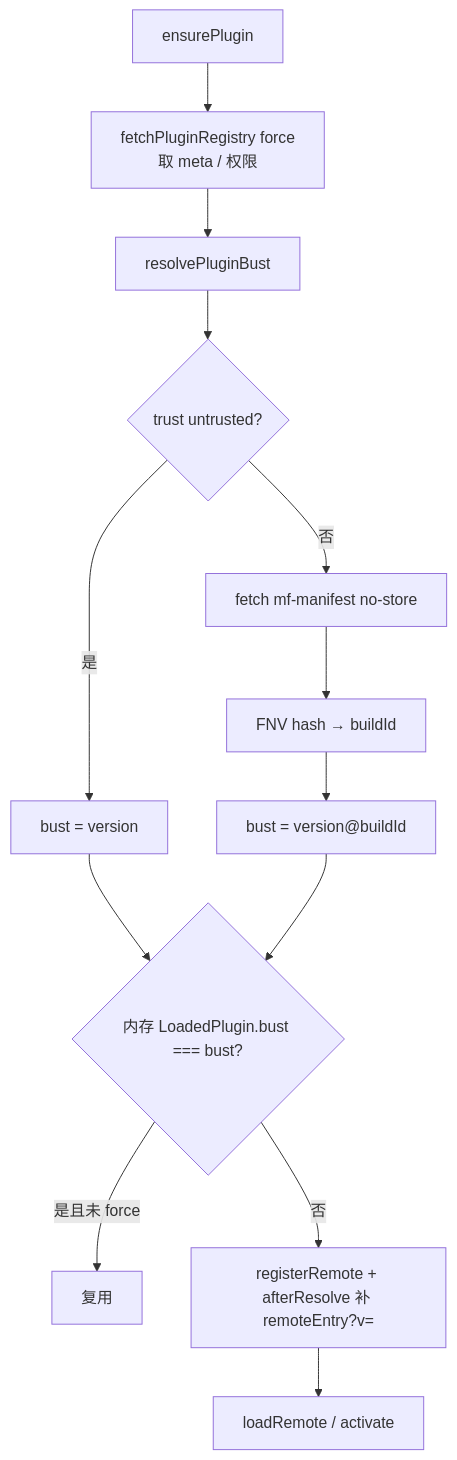
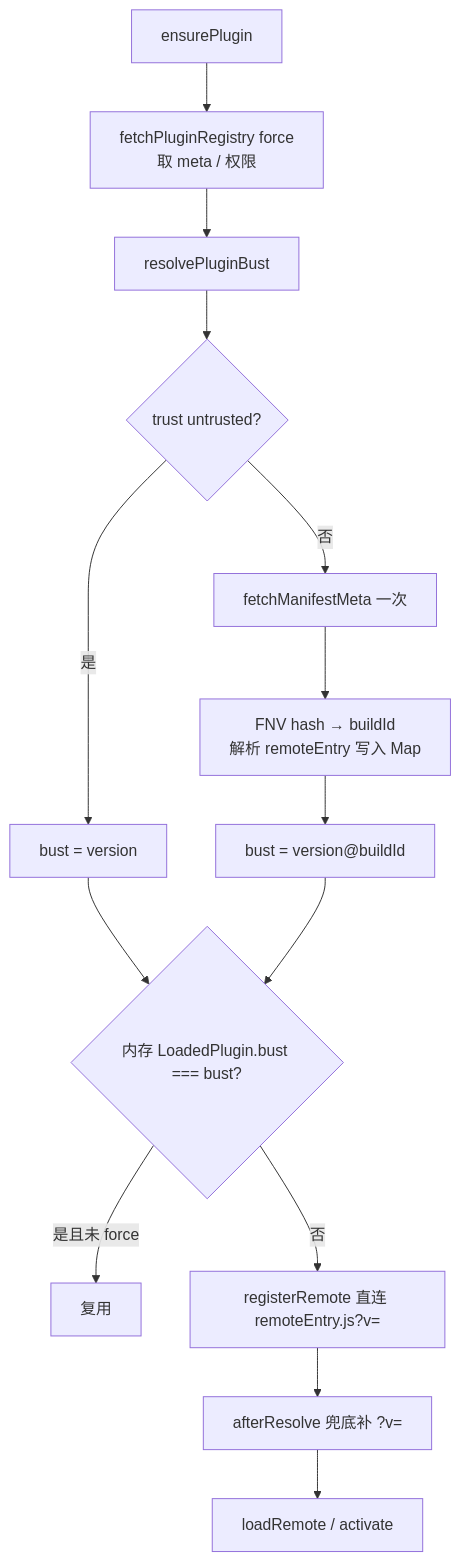
The diagram in docs/app/plugin-entry-cache-bust.md (dnhyxc/dnhyxc-ai), drawn with Mermaid before and after one commit. The commit also changed other lines of this file and 11 other files, not shown here.

````diff
--- a/docs/app/plugin-entry-cache-bust.md
+++ b/docs/app/plugin-entry-cache-bust.md
@@ -137,15 +154,16 @@
 ```mermaid
 flowchart TD
   A[ensurePlugin] --> B[fetchPluginRegistry force<br/>取 meta / 权限]
   B --> C[resolvePluginBust]
   C --> C1{trust untrusted?}
   C1 -->|是| C2[bust = version]
-  C1 -->|否| C3[fetch mf-manifest no-store]
-  C3 --> C4[FNV hash → buildId]
+  C1 -->|否| C3[fetchManifestMeta 一次]
+  C3 --> C4[FNV hash → buildId<br/>解析 remoteEntry 写入 Map]
   C4 --> C5[bust = version@buildId]
   C2 --> D{内存 LoadedPlugin.bust === bust?}
   C5 --> D
   D -->|是且未 force| E[复用]
-  D -->|否| F[registerRemote + afterResolve 补 remoteEntry?v=]
-  F --> G[loadRemote / activate]
+  D -->|否| F[registerRemote 直连 remoteEntry.js?v=]
+  F --> G[afterResolve 兜底补 ?v=]
+  G --> H[loadRemote / activate]
 ```
````
